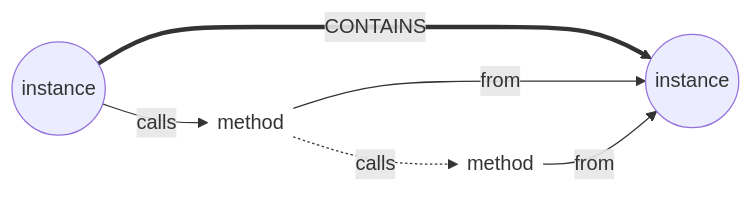
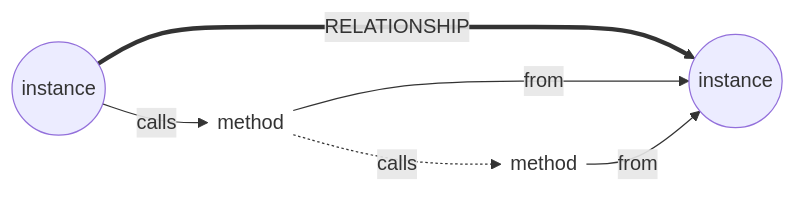
One commit to jorsaland/pokerpy changed the first of 4 diagrams in MODEL.md. Above: the diagram before and after it, drawn with Mermaid. The commit also changed other lines of this file, not shown here.

````diff
--- a/MODEL.md
+++ b/MODEL.md
@@ -137,15 +137,15 @@
 ```mermaid
 flowchart LR
 
         i1(instance)@{ shape: circle }
         i2(instance)@{ shape: circle }
         m1(method)@{ shape: text }
         m2(method)@{ shape: text }
 
-        i1 ===> |CONTAINS| i2
+        i1 ===> |RELATIONSHIP| i2
         i1 --> |calls| m1
         m1 --> |from| i2
         m1 -.-> |calls| m2
         m2 --> |from| i2
 
 ```
````
